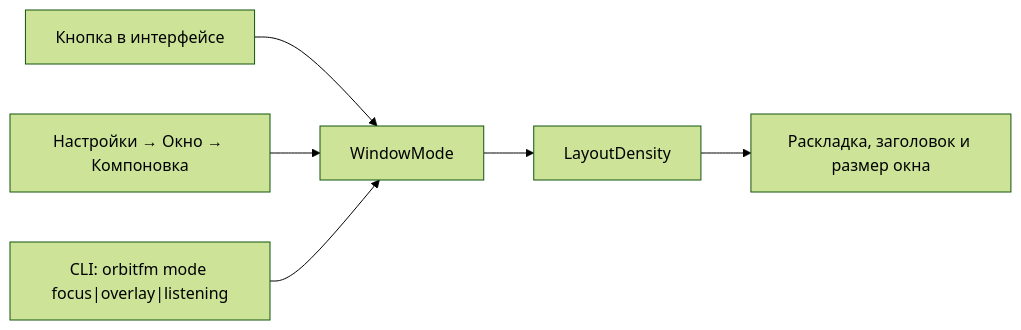
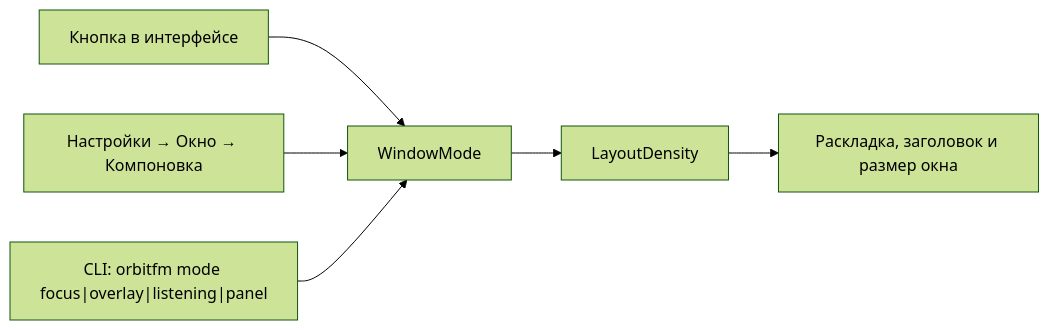
Before and after one commit to ModernByte/orbitfm: the diagram in docs/wiki/03-Режимы-окна.md, drawn with Mermaid (forest theme). The commit also changed other lines of this file and 76 other files, not shown here.

````diff
--- a/docs/wiki/03-Режимы-окна.md
+++ b/docs/wiki/03-Режимы-окна.md
@@ -69,8 +79,8 @@
 ```mermaid
 flowchart LR
     A[Кнопка в интерфейсе] --> M[WindowMode]
     B["Настройки → Окно → Компоновка"] --> M
-    C["CLI: orbitfm mode focus|overlay|listening"] --> M
+    C["CLI: orbitfm mode focus|overlay|listening|panel"] --> M
     M --> D[LayoutDensity]
     D --> L["Раскладка, заголовок и размер окна"]
 ```
````
